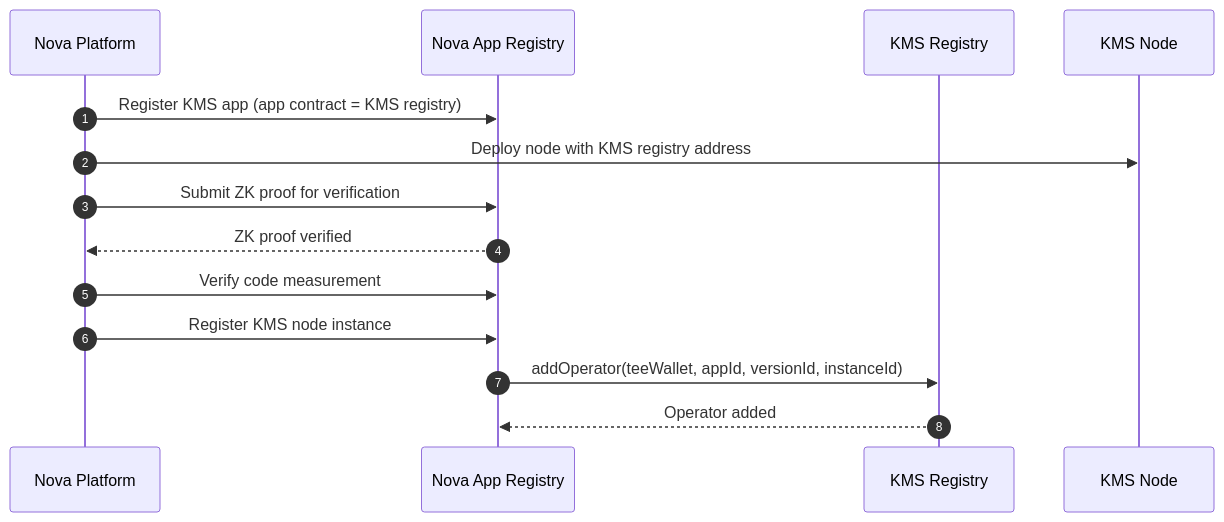
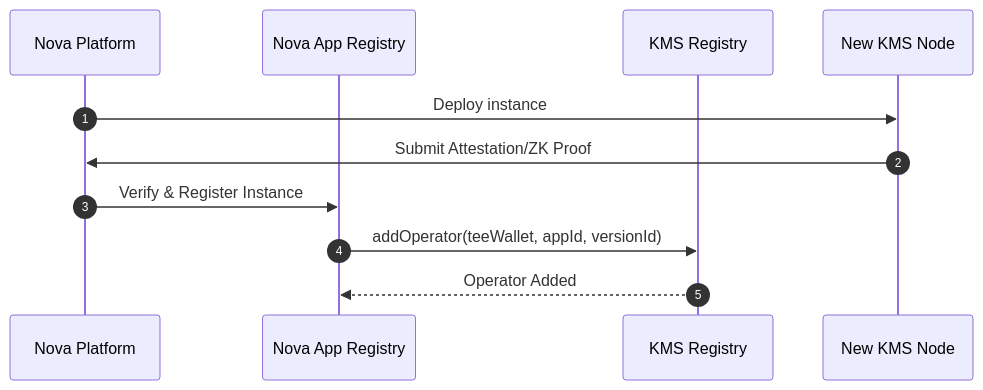
Before and after one commit to sparsity-xyz/nova-kms: the second of 5 diagrams in docs/kms-core-workflows.md, drawn with Mermaid. The commit also changed other lines of this file and 4 other files, not shown here.

````diff
--- a/docs/kms-core-workflows.md
+++ b/docs/kms-core-workflows.md
@@ -52,17 +66,14 @@
 ```mermaid
 sequenceDiagram
     autonumber
-    participant NovaPlatform as Nova Platform
-    participant NovaRegistry as Nova App Registry
-    participant KMSRegistry as KMS Registry
-    participant KMSNode as KMS Node
+    participant Platform as Nova Platform
+    participant AppReg as Nova App Registry
+    participant KMSReg as KMS Registry
+    participant Node as New KMS Node
 
-    NovaPlatform->>NovaRegistry: Register KMS app (app contract = KMS registry)
-    NovaPlatform->>KMSNode: Deploy node with KMS registry address
-    NovaPlatform->>NovaRegistry: Submit ZK proof for verification
-    NovaRegistry-->>NovaPlatform: ZK proof verified
-    NovaPlatform->>NovaRegistry: Verify code measurement
-    NovaPlatform->>NovaRegistry: Register KMS node instance
-    NovaRegistry->>KMSRegistry: addOperator(teeWallet, appId, versionId, instanceId)
-    KMSRegistry-->>NovaRegistry: Operator added
+    Platform->>Node: Deploy instance
+    Node->>Platform: Submit Attestation/ZK Proof
+    Platform->>AppReg: Verify & Register Instance
+    AppReg->>KMSReg: addOperator(teeWallet, appId, versionId)
+    KMSReg-->>AppReg: Operator Added
 ```
````
